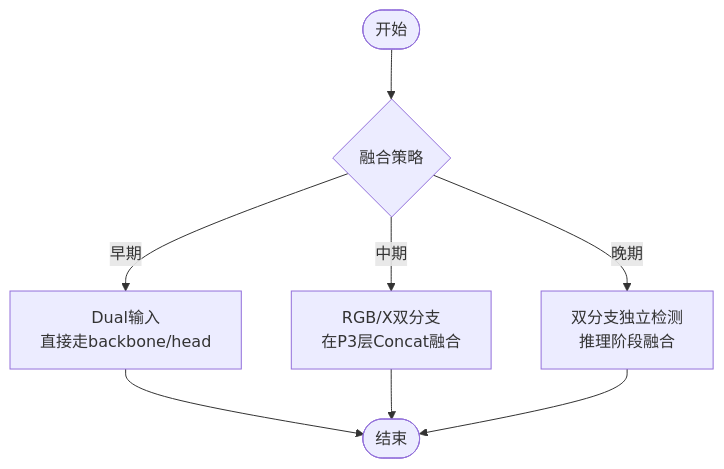
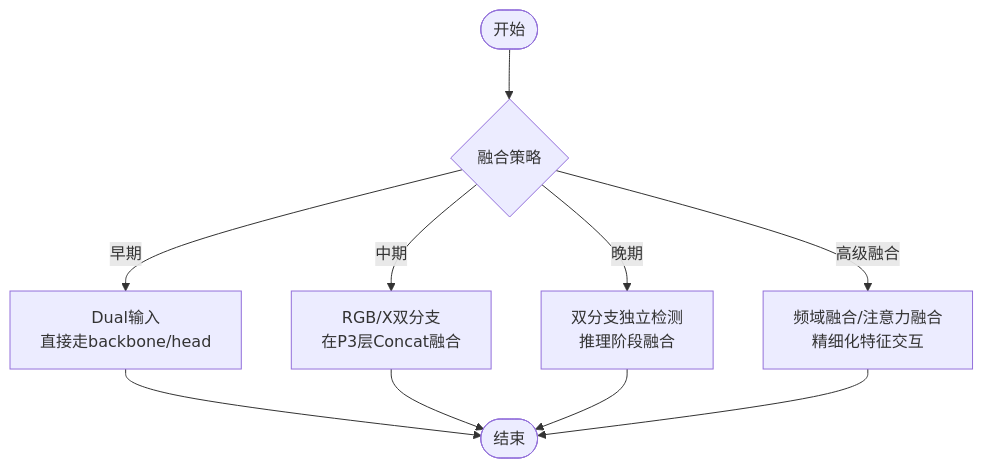
The third of 6 diagrams in .qoder/repowiki/zh/content/模型配置与管理/模型配置与管理.md (2208754827/MM-IMPROVE), drawn with Mermaid before and after one commit. The commit also changed other lines of this file and 1211 other files, not shown here.

````diff
--- a/.qoder/repowiki/zh/content/模型配置与管理/模型配置与管理.md
+++ b/.qoder/repowiki/zh/content/模型配置与管理/模型配置与管理.md
@@ -133,10 +167,12 @@
 ```mermaid
 flowchart TD
 Start(["开始"]) --> Mode{"融合策略"}
 Mode --> |早期| EF["Dual输入<br/>直接走backbone/head"]
 Mode --> |中期| MF["RGB/X双分支<br/>在P3层Concat融合"]
 Mode --> |晚期| LF["双分支独立检测<br/>推理阶段融合"]
+Mode --> |高级融合| HF["频域融合/注意力融合<br/>精细化特征交互"]
 EF --> End(["结束"])
 MF --> End
 LF --> End
+HF --> End
 ```
````
